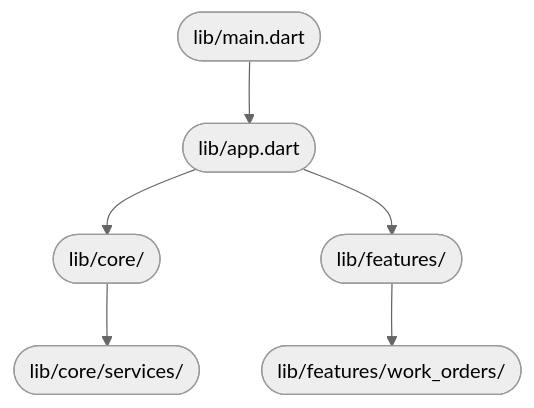
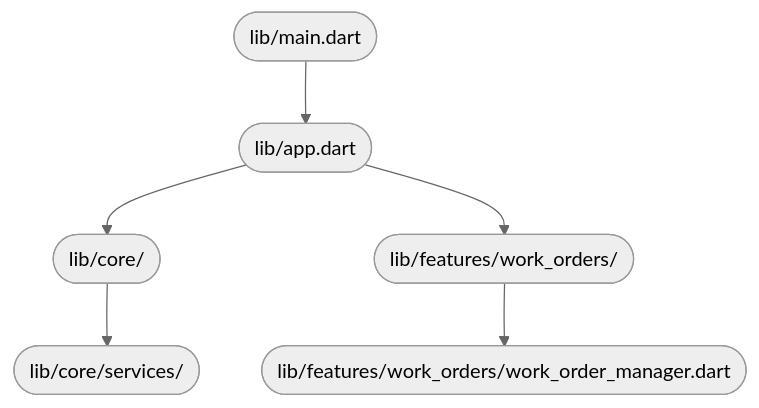
One commit to jahnavi783/fsm changed the diagram in DOCUMENTATION.md. Above: the diagram before and after it, drawn with Mermaid (neutral theme). The commit also changed other lines of this file, not shown here.

````diff
--- a/DOCUMENTATION.md
+++ b/DOCUMENTATION.md
@@ -37,8 +37,8 @@
 ```mermaid
 flowchart TD
     A([lib/main.dart]) --> B([lib/app.dart])
     B --> C([lib/core/])
-    B --> D([lib/features/])
+    B --> D([lib/features/work_orders/])
     C --> E([lib/core/services/])
-    D --> F([lib/features/work_orders/])
+    D --> F([lib/features/work_orders/work_order_manager.dart])
 ```
````
